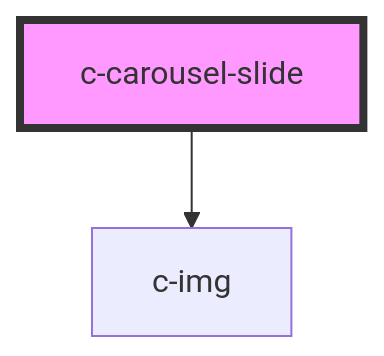
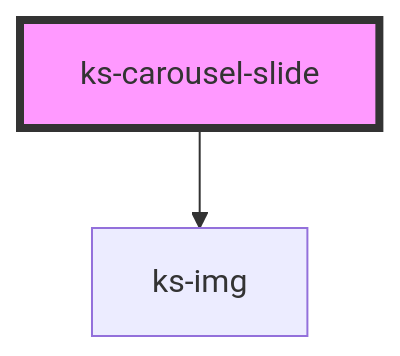
The diagram in src/scripts/components/carousel/readme.md (kickstand-ui/kickstand-ui), drawn with Mermaid before and after one commit. The commit also changed other lines of this file and 49 other files, not shown here.

````diff
--- a/src/scripts/components/carousel/readme.md
+++ b/src/scripts/components/carousel/readme.md
@@ -29,5 +29,5 @@
 ```mermaid
 graph TD;
-  c-carousel-slide --> c-img
-  style c-carousel-slide fill:#f9f,stroke:#333,stroke-width:4px
+  ks-carousel-slide --> ks-img
+  style ks-carousel-slide fill:#f9f,stroke:#333,stroke-width:4px
 ```
````
